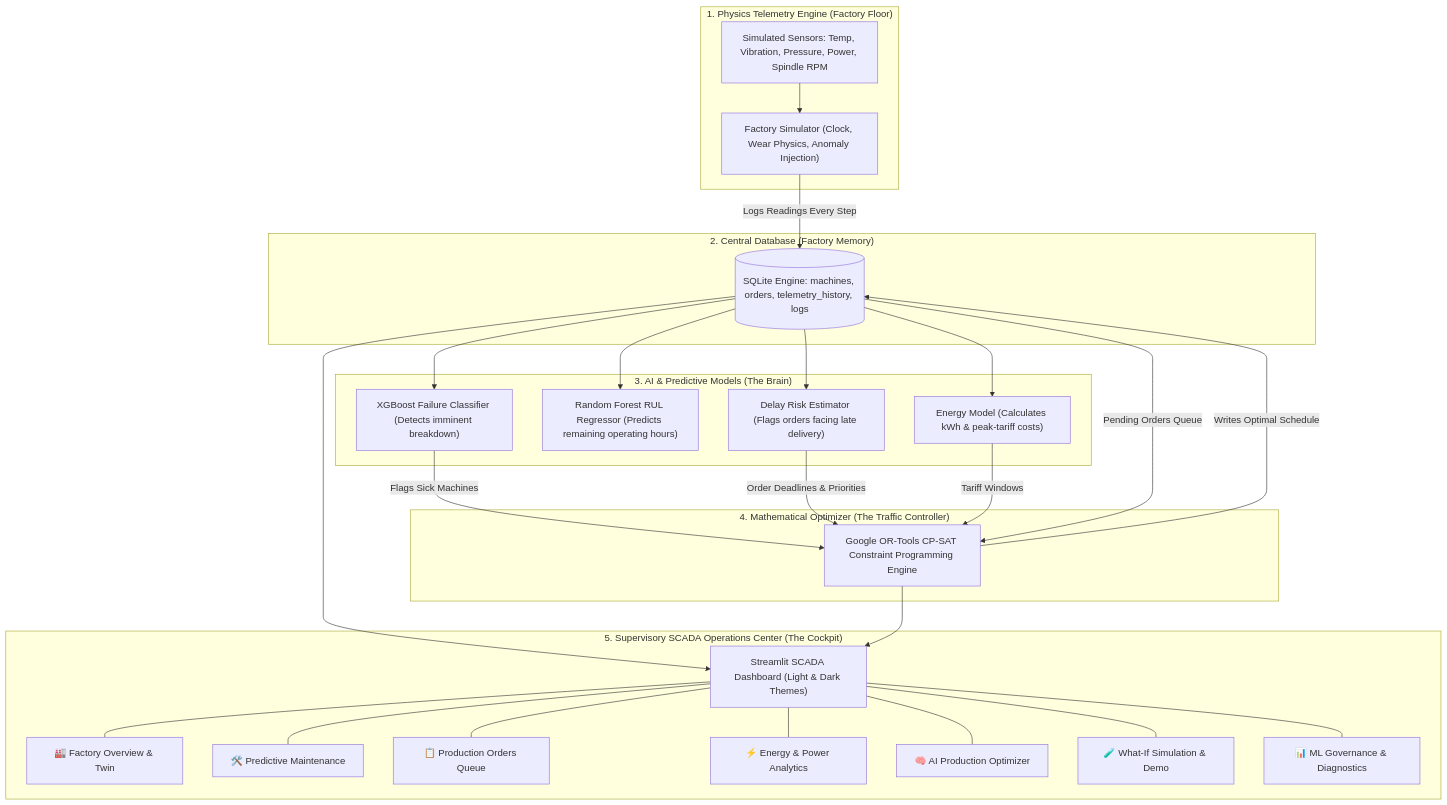
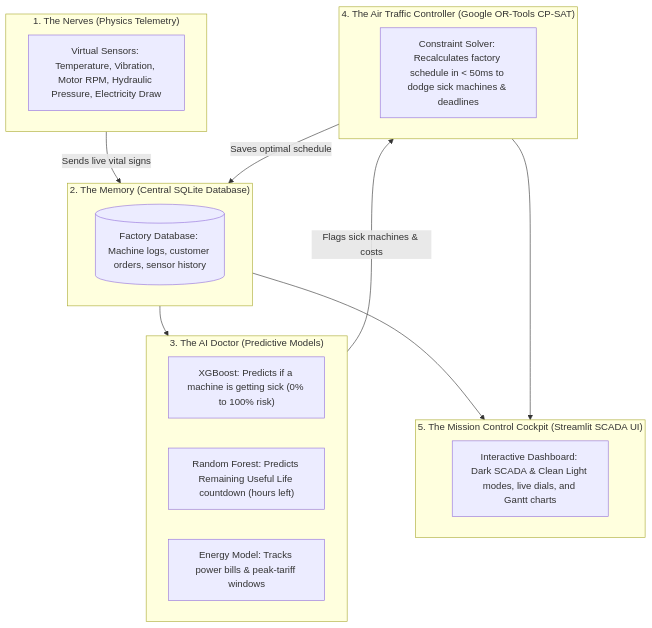
One commit to ramsaitanguturi/Smart-Factory-Production-Optimization changed the diagram in GUIDE.md. Above: the diagram before and after it, drawn with Mermaid. The commit also changed other lines of this file and 14 other files, not shown here.

````diff
--- a/GUIDE.md
+++ b/GUIDE.md
@@ -49,53 +30,31 @@
 ```mermaid
 flowchart TD
-    subgraph Layer1["1. Physics Telemetry Engine (Factory Floor)"]
-        SENS["Simulated Sensors: Temp, Vibration, Pressure, Power, Spindle RPM"]
-        SIM["Factory Simulator (Clock, Wear Physics, Anomaly Injection)"]
-        SENS --> SIM
+    subgraph Layer1["1. The Nerves (Physics Telemetry)"]
+        A["Virtual Sensors: Temperature, Vibration, Motor RPM, Hydraulic Pressure, Electricity Draw"]
     end
 
-    subgraph Layer2["2. Central Database (Factory Memory)"]
-        DB[(SQLite Engine: machines, orders, telemetry_history, logs)]
-        SIM -->|Logs Readings Every Step| DB
+    subgraph Layer2["2. The Memory (Central SQLite Database)"]
+        B[("Factory Database: Machine logs, customer orders, sensor history")]
     end
 
-    subgraph Layer3["3. AI & Predictive Models (The Brain)"]
-        XGB["XGBoost Failure Classifier (Detects imminent breakdown)"]
-        RF["Random Forest RUL Regressor (Predicts remaining operating hours)"]
-        DR["Delay Risk Estimator (Flags orders facing late delivery)"]
-        ENG["Energy Model (Calculates kWh & peak-tariff costs)"]
-        DB --> XGB
-        DB --> RF
-        DB --> DR
-        DB --> ENG
+    subgraph Layer3["3. The AI Doctor (Predictive Models)"]
+        C["XGBoost: Predicts if a machine is getting sick (0% to 100% risk)"]
+        D["Random Forest: Predicts Remaining Useful Life countdown (hours left)"]
+        E["Energy Model: Tracks power bills & peak-tariff windows"]
     end
 
-    subgraph Layer4["4. Mathematical Optimizer (The Traffic Controller)"]
-        OPT["Google OR-Tools CP-SAT Constraint Programming Engine"]
-        XGB -->|Flags Sick Machines| OPT
-        DR -->|Order Deadlines & Priorities| OPT
-        ENG -->|Tariff Windows| OPT
-        DB -->|Pending Orders Queue| OPT
-        OPT -->|Writes Optimal Schedule| DB
+    subgraph Layer4["4. The Air Traffic Controller (Google OR-Tools CP-SAT)"]
+        F["Constraint Solver: Recalculates factory schedule in < 50ms to dodge sick machines & deadlines"]
     end
 
-    subgraph Layer5["5. Supervisory SCADA Operations Center (The Cockpit)"]
-        UI["Streamlit SCADA Dashboard (Light & Dark Themes)"]
-        V1["🏭 Factory Overview & Twin"]
-        V2["🛠️ Predictive Maintenance"]
-        V3["📋 Production Orders Queue"]
-        V4["⚡ Energy & Power Analytics"]
-        V5["🧠 AI Production Optimizer"]
-        V6["🧪 What-If Simulation & Demo"]
-        V7["📊 ML Governance & Diagnostics"]
-        DB --> UI
-        OPT --> UI
-        UI --- V1
-        UI --- V2
-        UI --- V3
-        UI --- V4
-        UI --- V5
-        UI --- V6
-        UI --- V7
+    subgraph Layer5["5. The Mission Control Cockpit (Streamlit SCADA UI)"]
+        G["Interactive Dashboard: Dark SCADA & Clean Light modes, live dials, and Gantt charts"]
     end
+
+    Layer1 -->|Sends live vital signs| Layer2
+    Layer2 --> Layer3
+    Layer3 -->|Flags sick machines & costs| Layer4
+    Layer4 -->|Saves optimal schedule| Layer2
+    Layer2 --> Layer5
+    Layer4 --> Layer5
 ```
````
